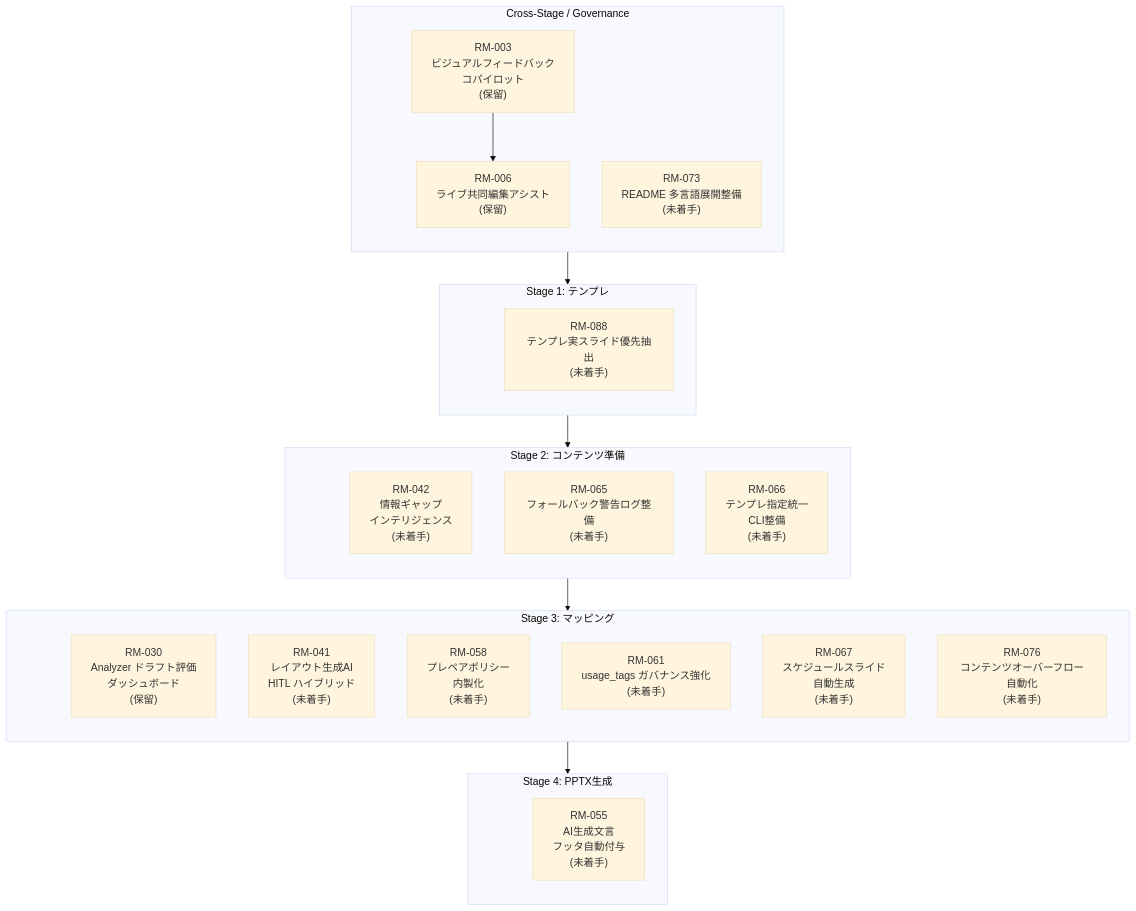
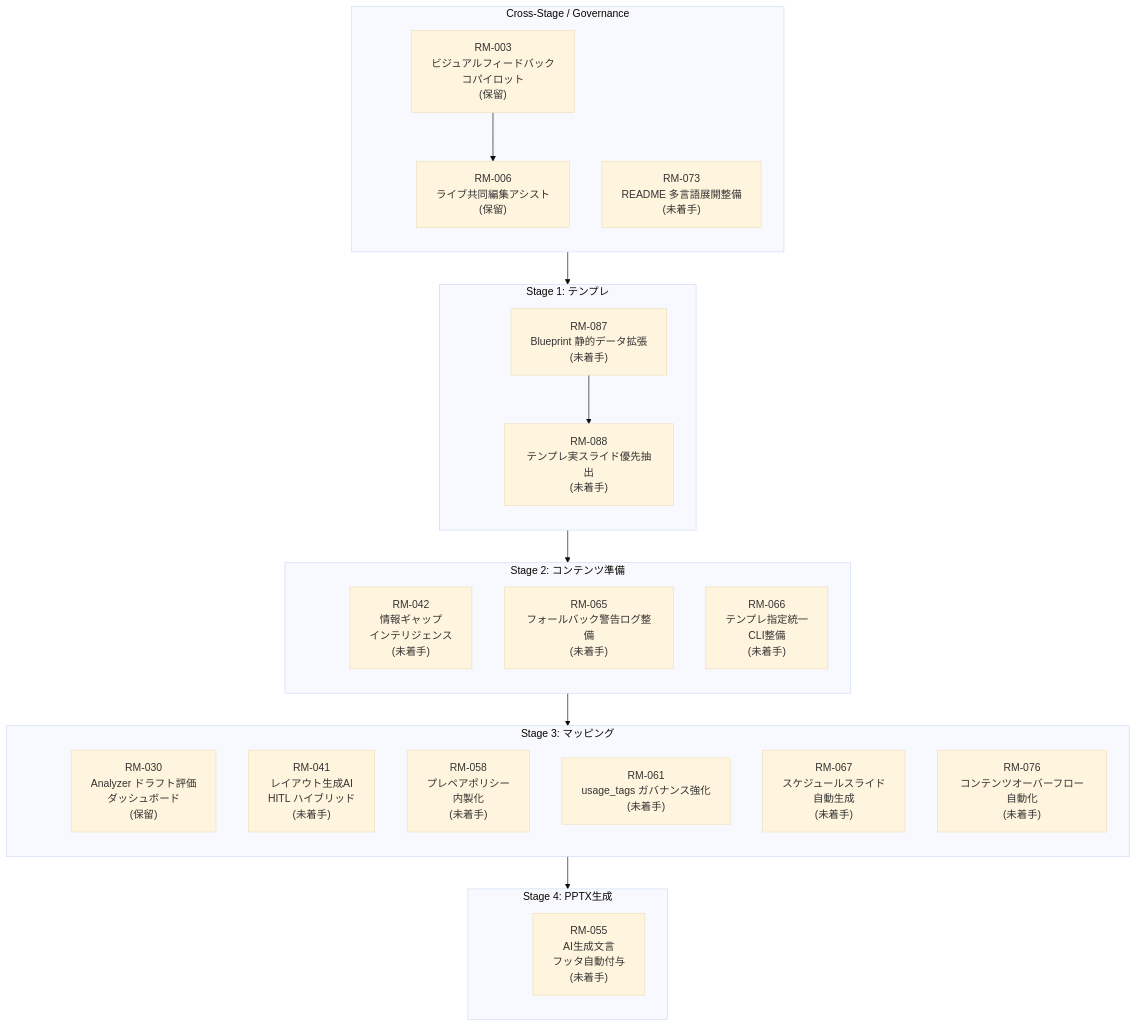
The diagram in docs/roadmap/roadmap.md (yurake/pptx_generator), drawn with Mermaid (base theme) before and after one commit. The commit also changed other lines of this file, not shown here.

Commit message:
docs(roadmap): restore rm-087 entry

````diff
--- a/docs/roadmap/roadmap.md
+++ b/docs/roadmap/roadmap.md
@@ -25,51 +25,53 @@
 ```mermaid
 flowchart TB
     subgraph GOV["Cross-Stage / Governance"]
         direction TB
         GOV_ANCHOR(( ))
         RM003["RM-003<br/>ビジュアルフィードバック<br/>コパイロット<br/>(保留)"]
         RM006["RM-006<br/>ライブ共同編集アシスト<br/>(保留)"]
         RM073["RM-073<br/>README 多言語展開整備<br/>(未着手)"]
     end
 
     subgraph ST1["Stage 1: テンプレ"]
         direction TB
         ST1_ANCHOR(( ))
+        RM087["RM-087<br/>Blueprint 静的データ拡張<br/>(未着手)"]
         RM088["RM-088<br/>テンプレ実スライド優先抽出<br/>(未着手)"]
     end
 
     subgraph ST2["Stage 2: コンテンツ準備"]
         direction TB
         ST2_ANCHOR(( ))
         RM042["RM-042<br/>情報ギャップ<br/>インテリジェンス<br/>(未着手)"]
         RM065["RM-065<br/>フォールバック警告ログ整備<br/>(未着手)"]
         RM066["RM-066<br/>テンプレ指定統一<br/>CLI整備<br/>(未着手)"]
     end
 
     subgraph ST3["Stage 3: マッピング"]
         direction TB
         ST3_ANCHOR(( ))
         RM030["RM-030<br/>Analyzer ドラフト評価<br/>ダッシュボード<br/>(保留)"]
         RM041["RM-041<br/>レイアウト生成AI<br/>HITL ハイブリッド<br/>(未着手)"]
         RM058["RM-058<br/>プレペアポリシー<br/>内製化<br/>(未着手)"]
         RM061["RM-061<br/>usage_tags ガバナンス強化<br/>(未着手)"]
         RM067["RM-067<br/>スケジュールスライド<br/>自動生成<br/>(未着手)"]
         RM076["RM-076<br/>コンテンツオーバーフロー自動化<br/>(未着手)"]
     end
 
     subgraph ST4["Stage 4: PPTX生成"]
         direction TB
         ST4_ANCHOR(( ))
         RM055["RM-055<br/>AI生成文言<br/>フッタ自動付与<br/>(未着手)"]
     end
 
     style GOV_ANCHOR fill:transparent,stroke:transparent
     style ST1_ANCHOR fill:transparent,stroke:transparent
     style ST2_ANCHOR fill:transparent,stroke:transparent
     style ST3_ANCHOR fill:transparent,stroke:transparent
     style ST4_ANCHOR fill:transparent,stroke:transparent
 
     GOV_ANCHOR --> ST1_ANCHOR --> ST2_ANCHOR --> ST3_ANCHOR --> ST4_ANCHOR
 
     RM003 --> RM006
+    RM087 --> RM088
 ```
````
